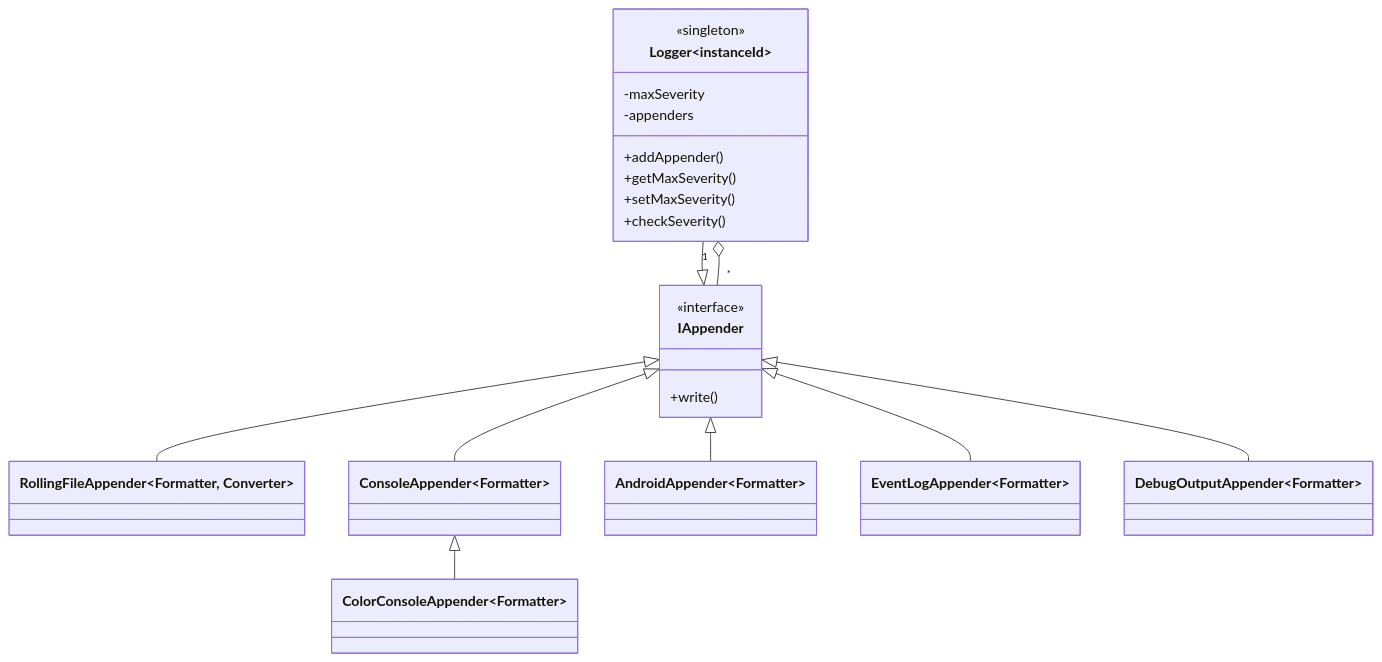
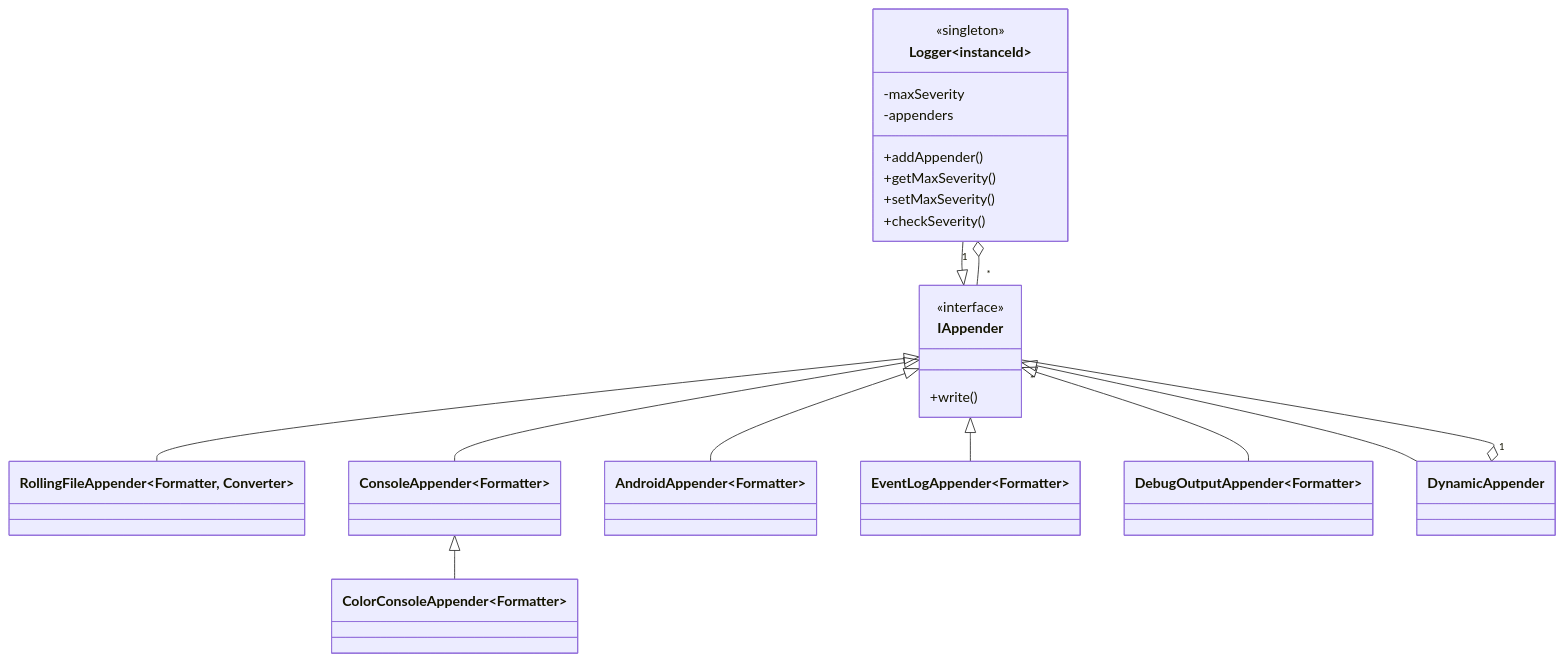
Before and after one commit to SergiusTheBest/plog: the first of 5 diagrams in README.md, drawn with Mermaid. The commit also changed other lines of this file and 4 other files, not shown here.

````diff
--- a/README.md
+++ b/README.md
@@ -442,29 +443,32 @@
 ```mermaid
 classDiagram
 
 class Logger~instanceId~ {
     <<singleton>>
     +addAppender()
     +getMaxSeverity()
     +setMaxSeverity()
     +checkSeverity()
     -maxSeverity
     -appenders
 }
 
 class IAppender {
     <<interface>>
     +write()
 }
 
 Logger --|> IAppender
 Logger "1" o-- "*" IAppender
 
 IAppender <|-- RollingFileAppender~Formatter, Converter~
 IAppender <|-- ConsoleAppender~Formatter~
 IAppender <|-- AndroidAppender~Formatter~
 IAppender <|-- EventLogAppender~Formatter~
 IAppender <|-- DebugOutputAppender~Formatter~
+IAppender <|-- DynamicAppender
 
 ConsoleAppender <|-- ColorConsoleAppender~Formatter~
+
+DynamicAppender "1" o-- "*" IAppender
 ```
````
